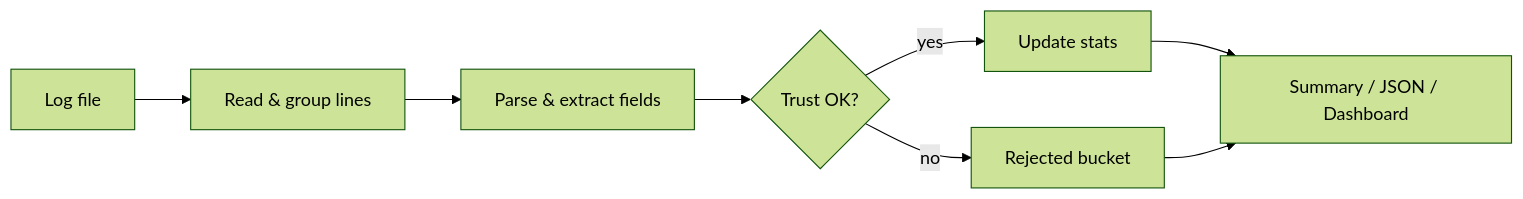
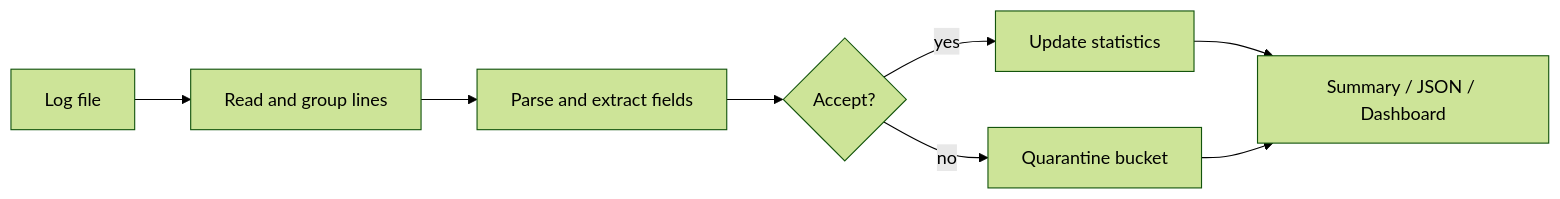
The first of 2 diagrams in README.md (emanalytic/Logana), drawn with Mermaid (forest theme) before and after one commit. The commit also changed other lines of this file and 1 other file, not shown here.

````diff
--- a/README.md
+++ b/README.md
@@ -68,10 +83,10 @@
 ```mermaid
 flowchart LR
-  A[Log file] --> B[Read & group lines]
-  B --> C[Parse & extract fields]
-  C --> D{Trust OK?}
-  D -->|yes| E[Update stats]
-  D -->|no| F[Rejected bucket]
+  A[Log file] --> B[Read and group lines]
+  B --> C[Parse and extract fields]
+  C --> D{Accept?}
+  D -->|yes| E[Update statistics]
+  D -->|no| F[Quarantine bucket]
   E --> G[Summary / JSON / Dashboard]
   F --> G
 ```
````
